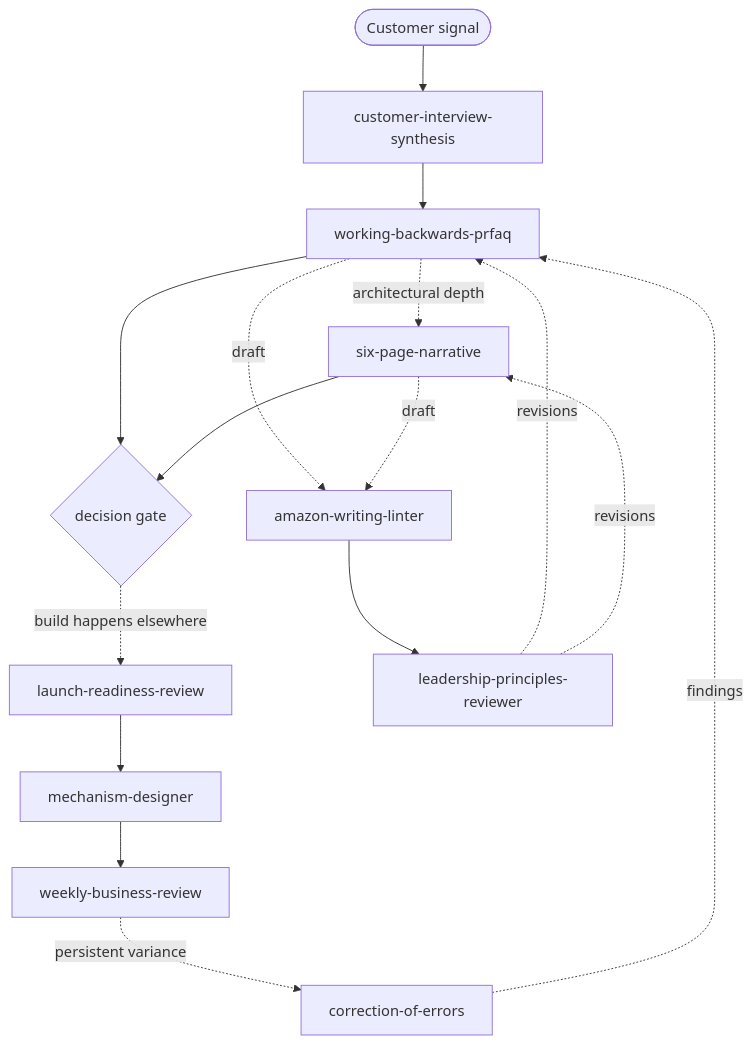
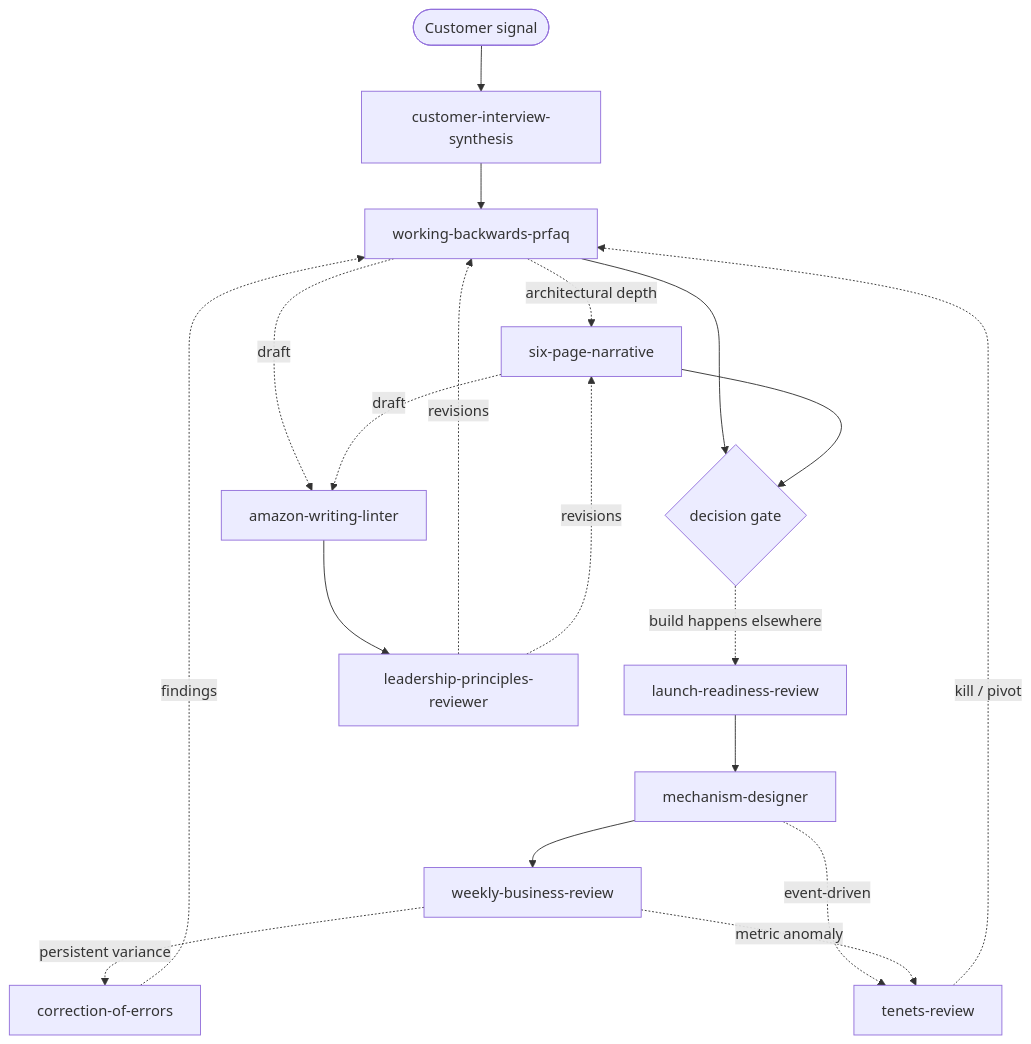
One commit to ford-at-home/amazonian changed the diagram in README.md. Above: the diagram before and after it, drawn with Mermaid. The commit also changed other lines of this file and 4 other files, not shown here.

First line of the commit message:
feat(skills): add tenets-review (Operate → Learn) — kill / pivot / continue

````diff
--- a/README.md
+++ b/README.md
@@ -42,19 +42,22 @@
 ```mermaid
 flowchart TD
     Signal([Customer signal]) --> CIS[customer-interview-synthesis]
     CIS --> PRFAQ[working-backwards-prfaq]
     PRFAQ -.->|architectural depth| SIX[six-page-narrative]
     PRFAQ --> GATE{decision gate}
     SIX --> GATE
     GATE -.->|build happens elsewhere| LRR[launch-readiness-review]
     LRR --> MECH[mechanism-designer]
     MECH --> WBR[weekly-business-review]
     WBR -.->|persistent variance| COE[correction-of-errors]
     COE -.->|findings| PRFAQ
+    MECH -.->|event-driven| TR[tenets-review]
+    WBR -.->|metric anomaly| TR
+    TR -.->|kill / pivot| PRFAQ
 
     PRFAQ -.->|draft| LINT[amazon-writing-linter]
     SIX -.->|draft| LINT
     LINT --> LPR[leadership-principles-reviewer]
     LPR -.->|revisions| PRFAQ
     LPR -.->|revisions| SIX
 ```
````
